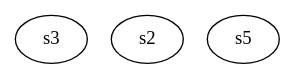
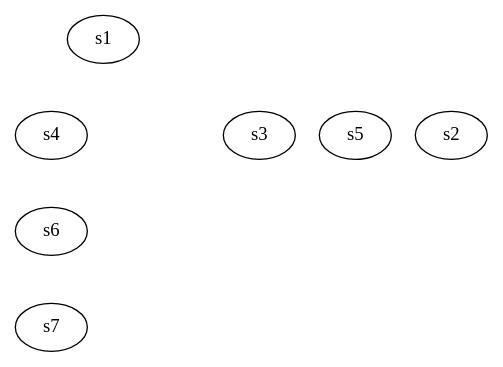
Before and after one commit to sisyphus1212/note: the diagram in dpdk/内存管理.md, drawn with Graphviz.

Commit message:
auto_update

````diff
--- a/dpdk/内存管理.md
+++ b/dpdk/内存管理.md
@@ -16,13 +16,21 @@
 ```graphviz
 digraph {
+    subgraph {
+        s1 -> s4 [style = invis;];
+        s4 -> s6 [style = invis;];
+        s6 -> s7 [style = invis;];
+        s1 -> start [style = invis;];
+    }
     subgraph {
         rankdir = LR;
         rank = same;
 
+        start [style = invis;];
+        start -> s3 [style = invis;];
         s3 -> s2 [style = invis;];
-        s2 -> s5 [style = invis;];
+        s3 -> s5 [style = invis;];
     }
 }
 
 
 ```
````
